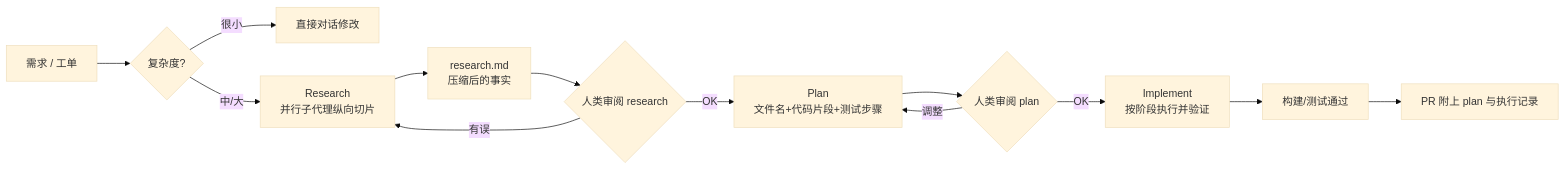
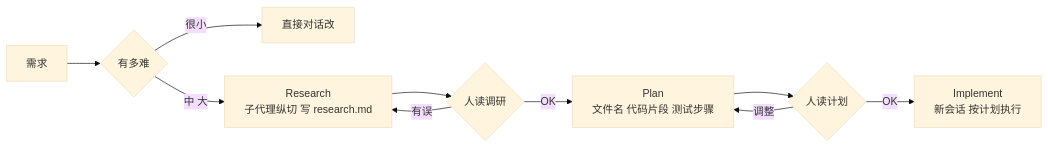
Before and after one commit to yzw7489757/ai-coding-videos: the diagram in docs/04-no-vibes-allowed-rpi.md, drawn with Mermaid (base theme). The commit also changed other lines of this file and 9 other files, not shown here.

````diff
--- a/docs/04-no-vibes-allowed-rpi.md
+++ b/docs/04-no-vibes-allowed-rpi.md
@@ -141,15 +56,12 @@
 ```mermaid
 flowchart LR
-    T[需求 / 工单] --> D{复杂度?}
-    D -- 很小 --> X[直接对话修改]
-    D -- 中/大 --> R[Research<br/>并行子代理纵向切片]
-    R --> RD[research.md<br/>压缩后的事实]
-    RD --> HR{人类审阅 research}
-    HR -- 有误 --> R
-    HR -- OK --> P[Plan<br/>文件名+代码片段+测试步骤]
-    P --> HP{人类审阅 plan}
-    HP -- 调整 --> P
-    HP -- OK --> I[Implement<br/>按阶段执行并验证]
-    I --> V[构建/测试通过]
-    V --> PR[PR 附上 plan 与执行记录]
+    T["需求"] --> D{"有多难"}
+    D -->|"很小"| X["直接对话改"]
+    D -->|"中 大"| R["Research<br/>子代理纵切 写 research.md"]
+    R --> HR{"人读调研"}
+    HR -->|"有误"| R
+    HR -->|"OK"| P["Plan<br/>文件名 代码片段 测试步骤"]
+    P --> HP{"人读计划"}
+    HP -->|"调整"| P
+    HP -->|"OK"| I["Implement<br/>新会话 按计划执行"]
 ```
````
